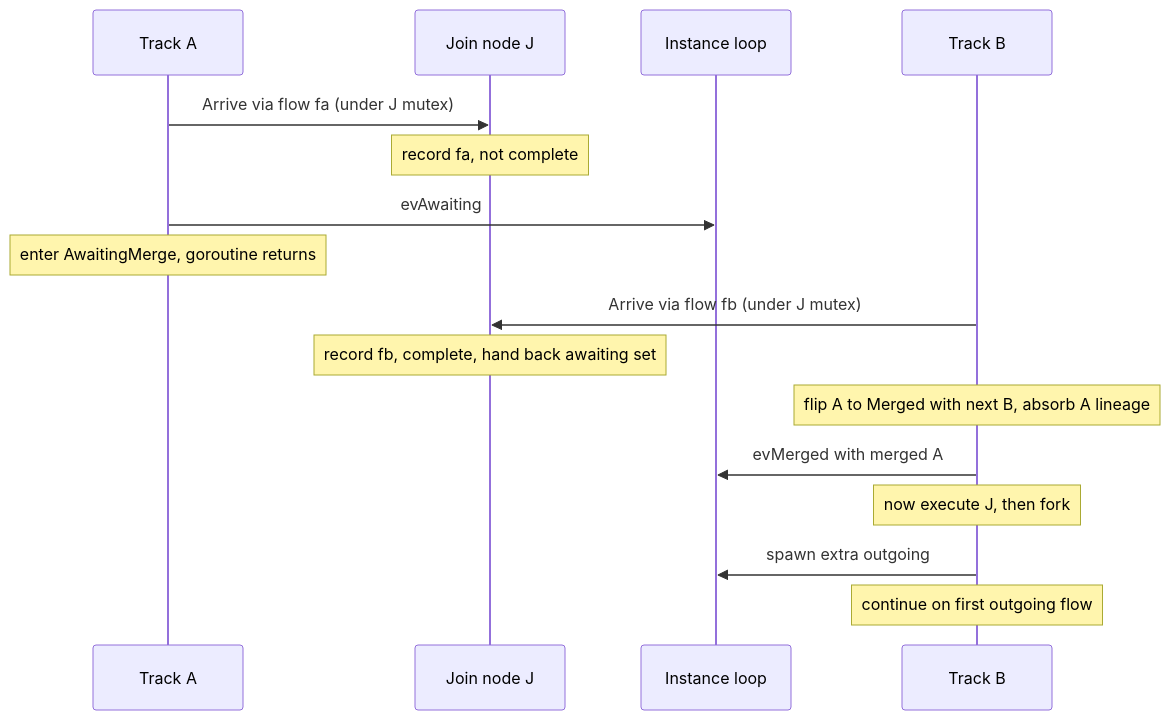
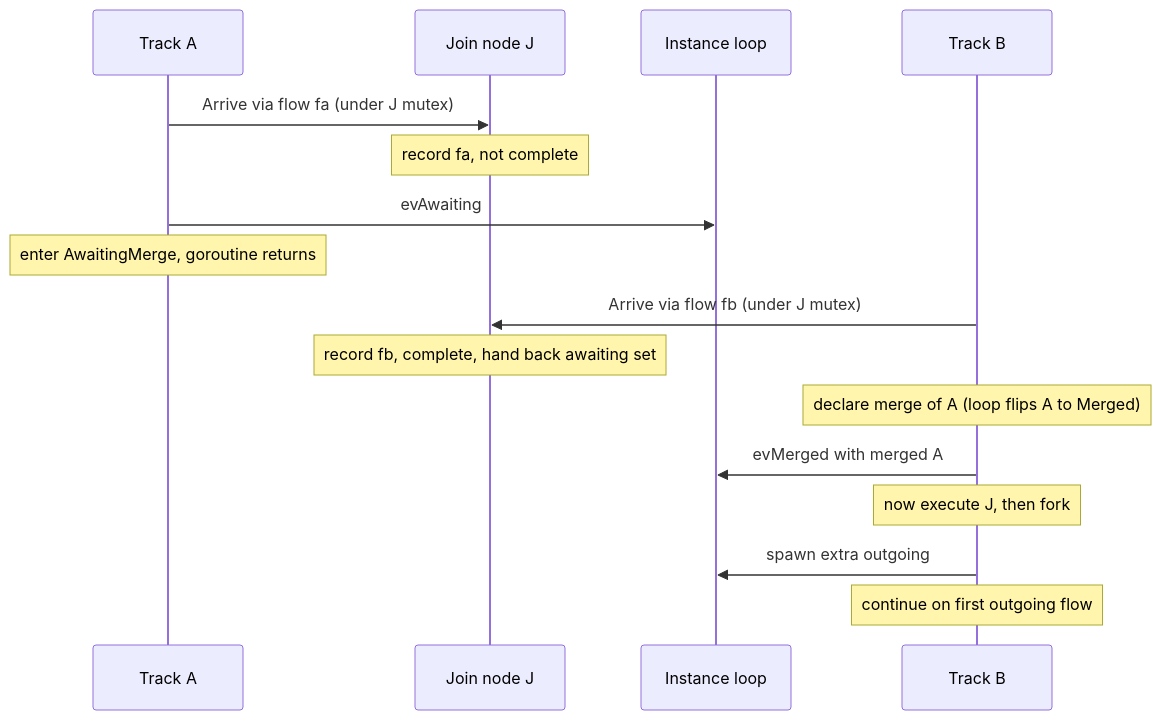
Before and after one commit to dr-dobermann/gobpm: the second of 3 diagrams in docs/design/ADR-005-gateways-and-joins.md, drawn with Mermaid. The commit also changed other lines of this file and 11 other files, not shown here.

````diff
--- a/docs/design/ADR-005-gateways-and-joins.md
+++ b/docs/design/ADR-005-gateways-and-joins.md
@@ -202,18 +210,18 @@
 ```mermaid
 sequenceDiagram
     participant A as Track A
     participant J as Join node J
     participant L as Instance loop
     participant B as Track B
     A->>J: Arrive via flow fa (under J mutex)
     Note over J: record fa, not complete
     A->>L: evAwaiting
     Note over A: enter AwaitingMerge, goroutine returns
     B->>J: Arrive via flow fb (under J mutex)
     Note over J: record fb, complete, hand back awaiting set
-    Note over B: flip A to Merged with next B, absorb A lineage
+    Note over B: declare merge of A (loop flips A to Merged)
     B->>L: evMerged with merged A
     Note over B: now execute J, then fork
     B->>L: spawn extra outgoing
     Note over B: continue on first outgoing flow
 ```
````
